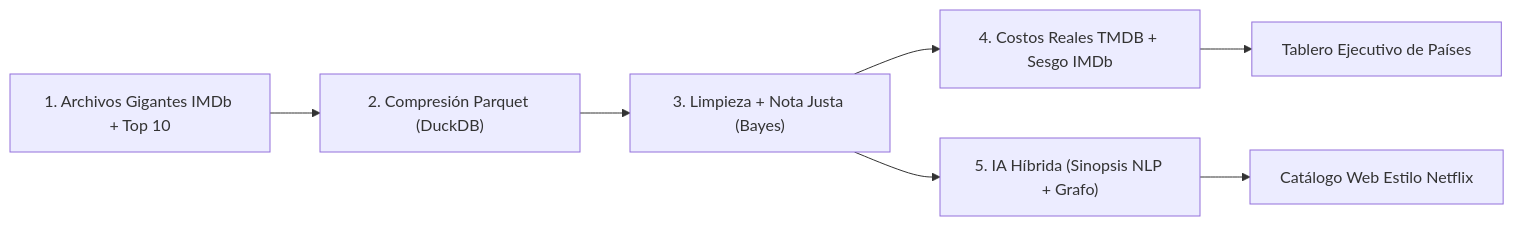
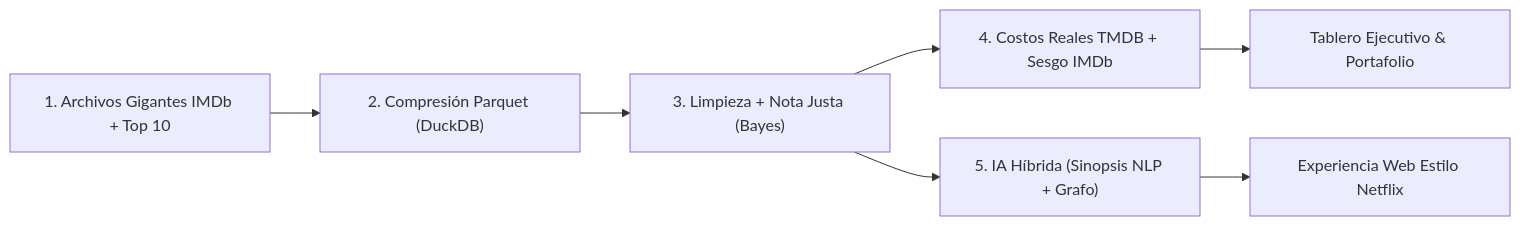
The diagram in DOCUMENTACION_SISTEMA_NETFLIX.md (simoncanorio/netflix), drawn with Mermaid before and after one commit. The commit also changed other lines of this file and 9 other files, not shown here.

````diff
--- a/DOCUMENTACION_SISTEMA_NETFLIX.md
+++ b/DOCUMENTACION_SISTEMA_NETFLIX.md
@@ -68,9 +66,9 @@
 ```mermaid
 flowchart LR
     A["1. Archivos Gigantes IMDb + Top 10"] --> B["2. Compresión Parquet (DuckDB)"]
     B --> C["3. Limpieza + Nota Justa (Bayes)"]
     C --> D["4. Costos Reales TMDB + Sesgo IMDb"]
     C --> E["5. IA Híbrida (Sinopsis NLP + Grafo)"]
-    D --> F["Tablero Ejecutivo de Países"]
-    E --> G["Catálogo Web Estilo Netflix"]
+    D --> F["Tablero Ejecutivo & Portafolio"]
+    E --> G["Experiencia Web Estilo Netflix"]
 ```
````
